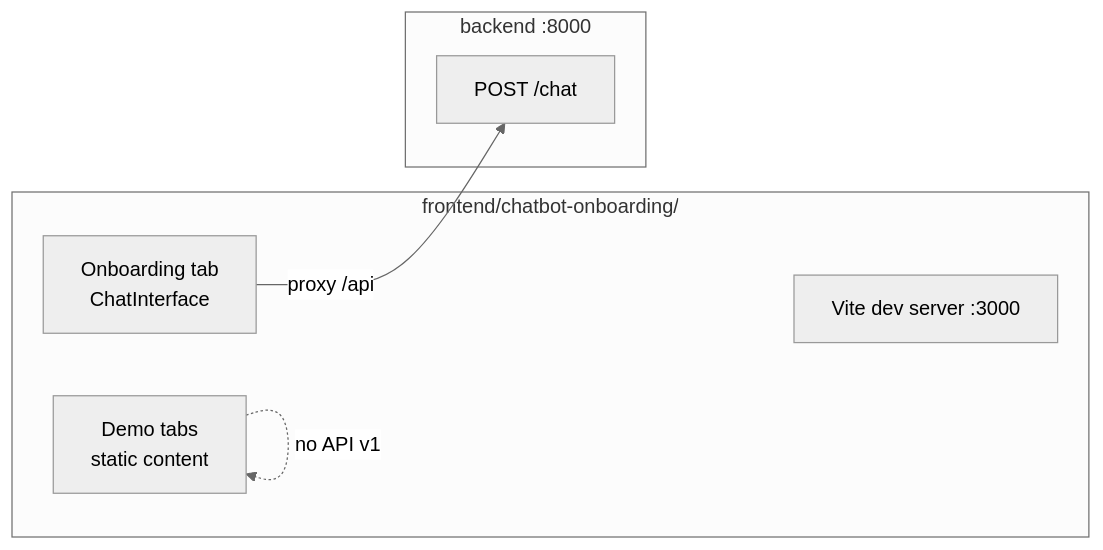
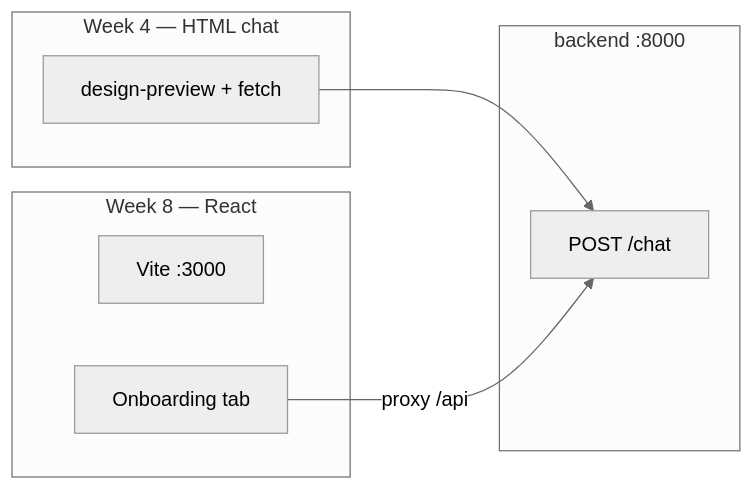
The diagram in frontend/README.md (hodncgi/AMS), drawn with Mermaid (neutral theme) before and after one commit. The commit also changed other lines of this file and 24 other files, not shown here.

Commit message:
Week 2 complete: align roadmap to 8+3 plan and remove premature Week 3 backend code.

````diff
--- a/frontend/README.md
+++ b/frontend/README.md
@@ -9,15 +14,18 @@
 ```mermaid
 flowchart LR
-    subgraph FE["frontend/chatbot-onboarding/"]
-        Vite[Vite dev server :3000]
-        Onb[Onboarding tab<br/>ChatInterface]
-        Demo[Demo tabs<br/>static content]
+    subgraph W4["Week 4 — HTML chat"]
+        HTML[design-preview + fetch]
+    end
+
+    subgraph W8["Week 8 — React"]
+        Vite[Vite :3000]
+        Onb[Onboarding tab]
     end
 
     subgraph BE["backend :8000"]
         Chat[POST /chat]
     end
 
+    HTML --> Chat
     Onb -->|proxy /api| Chat
-    Demo -.->|no API v1| Demo
 ```
````
